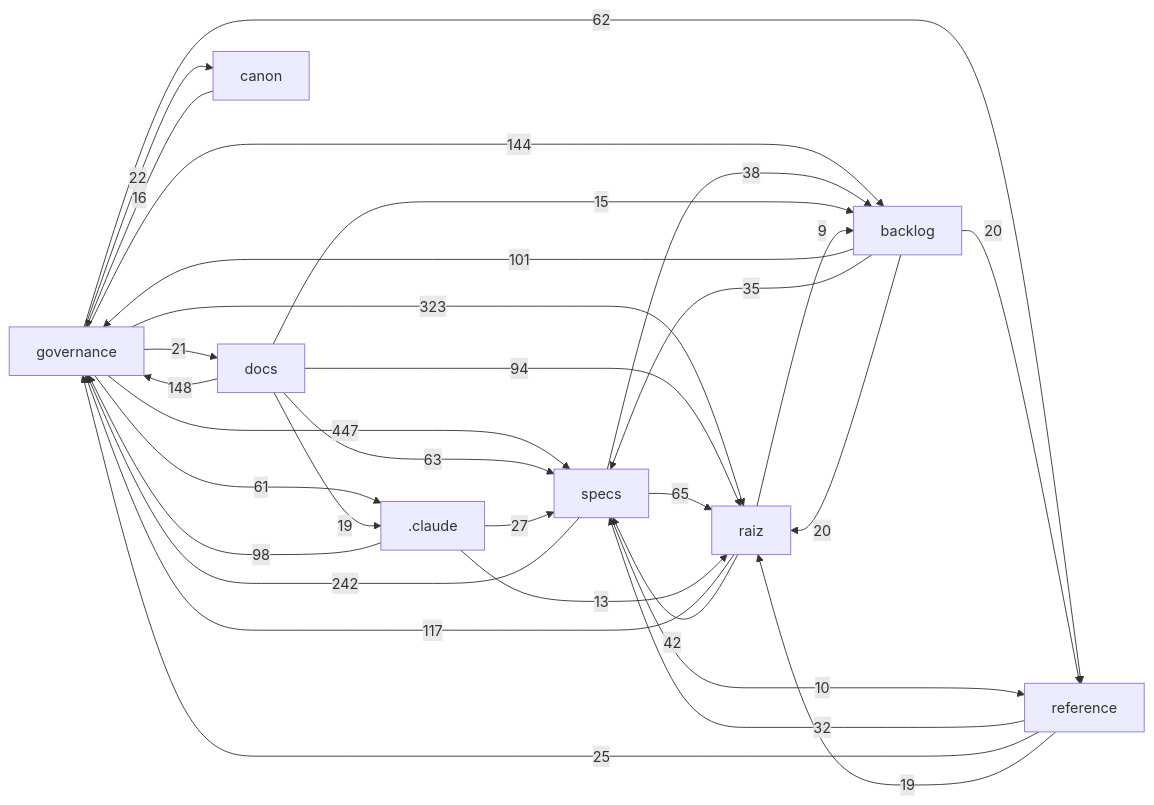
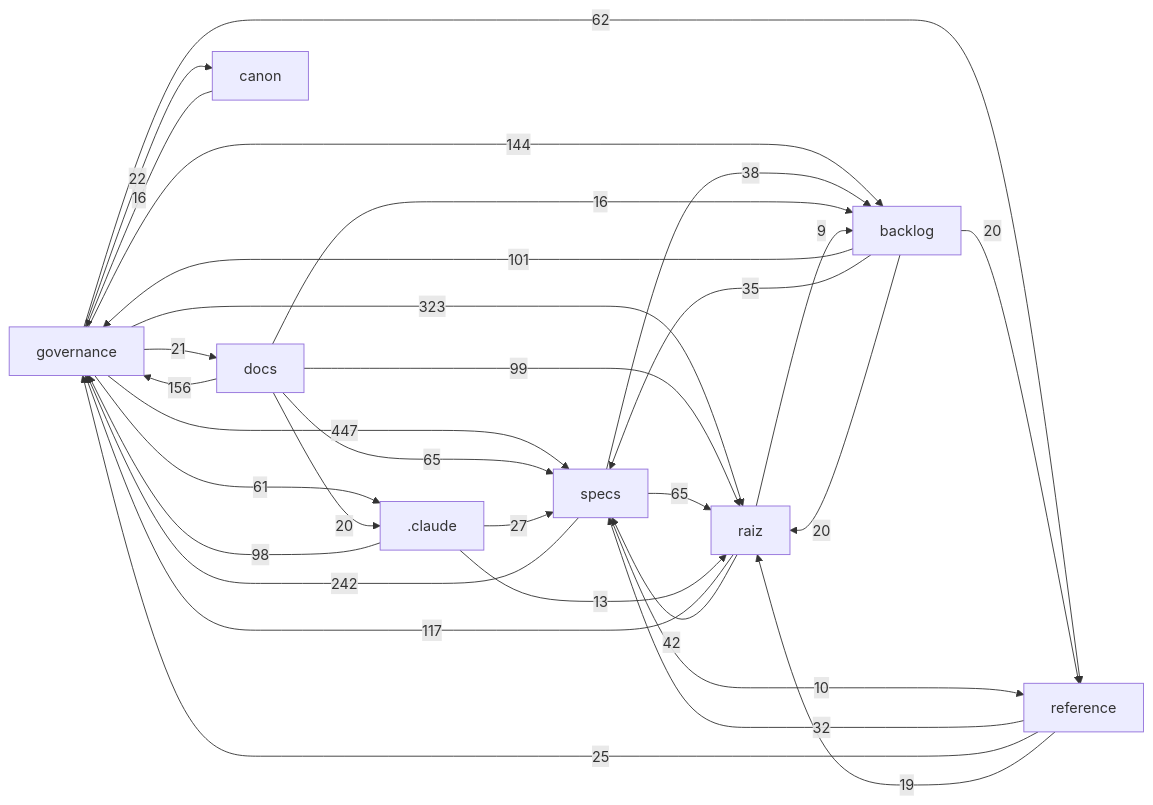
The diagram in docs/mapa/MAPA-PROJETO.md (Andraus35/Sistema-Operacional-de-Trading--SOT), drawn with Mermaid before and after one commit. The commit also changed other lines of this file and 3 other files, not shown here.

````diff
--- a/docs/mapa/MAPA-PROJETO.md
+++ b/docs/mapa/MAPA-PROJETO.md
@@ -29,33 +29,33 @@
 ```mermaid
 flowchart LR
   governance["governance"] -->|447| specs["specs"]
   governance["governance"] -->|323| raiz["raiz"]
   specs["specs"] -->|242| governance["governance"]
-  docs["docs"] -->|148| governance["governance"]
+  docs["docs"] -->|156| governance["governance"]
   governance["governance"] -->|144| backlog["backlog"]
   raiz["raiz"] -->|117| governance["governance"]
   backlog["backlog"] -->|101| governance["governance"]
+  docs["docs"] -->|99| raiz["raiz"]
   _claude[".claude"] -->|98| governance["governance"]
-  docs["docs"] -->|94| raiz["raiz"]
+  docs["docs"] -->|65| specs["specs"]
   specs["specs"] -->|65| raiz["raiz"]
-  docs["docs"] -->|63| specs["specs"]
   governance["governance"] -->|62| reference["reference"]
   governance["governance"] -->|61| _claude[".claude"]
   raiz["raiz"] -->|42| specs["specs"]
   specs["specs"] -->|38| backlog["backlog"]
   backlog["backlog"] -->|35| specs["specs"]
   reference["reference"] -->|32| specs["specs"]
   _claude[".claude"] -->|27| specs["specs"]
   reference["reference"] -->|25| governance["governance"]
   governance["governance"] -->|22| canon["canon"]
   governance["governance"] -->|21| docs["docs"]
   backlog["backlog"] -->|20| raiz["raiz"]
   backlog["backlog"] -->|20| reference["reference"]
-  docs["docs"] -->|19| _claude[".claude"]
+  docs["docs"] -->|20| _claude[".claude"]
   reference["reference"] -->|19| raiz["raiz"]
   canon["canon"] -->|16| governance["governance"]
-  docs["docs"] -->|15| backlog["backlog"]
+  docs["docs"] -->|16| backlog["backlog"]
   _claude[".claude"] -->|13| raiz["raiz"]
   specs["specs"] -->|10| reference["reference"]
   raiz["raiz"] -->|9| backlog["backlog"]
 ```
````
